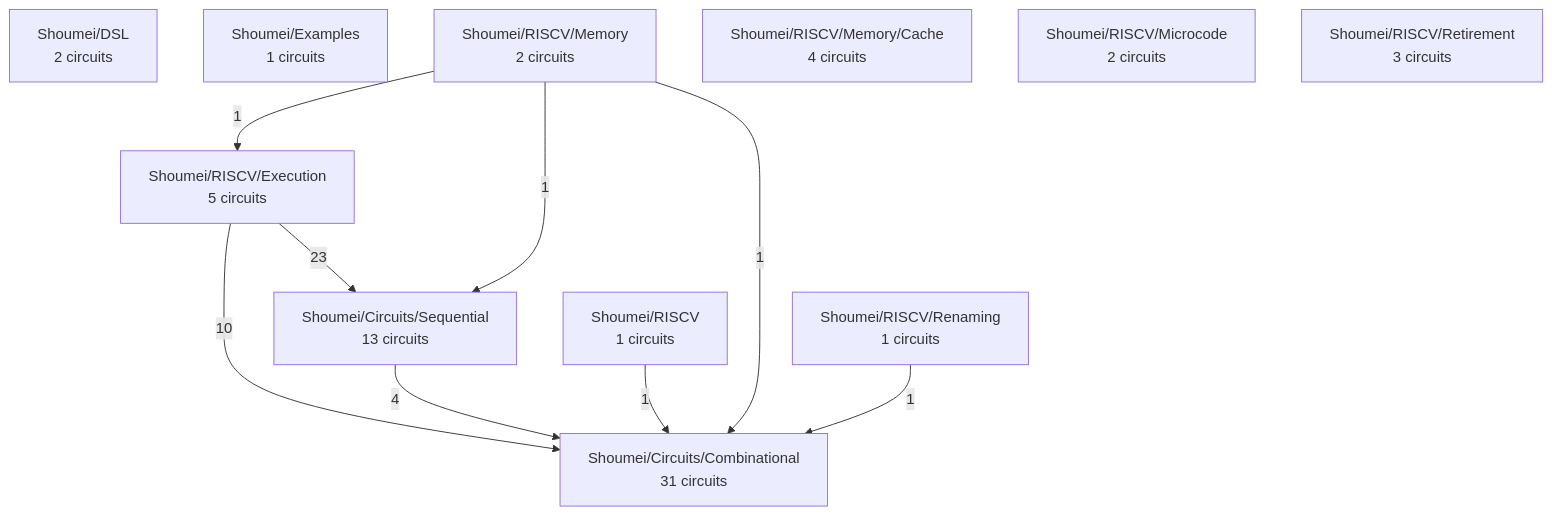
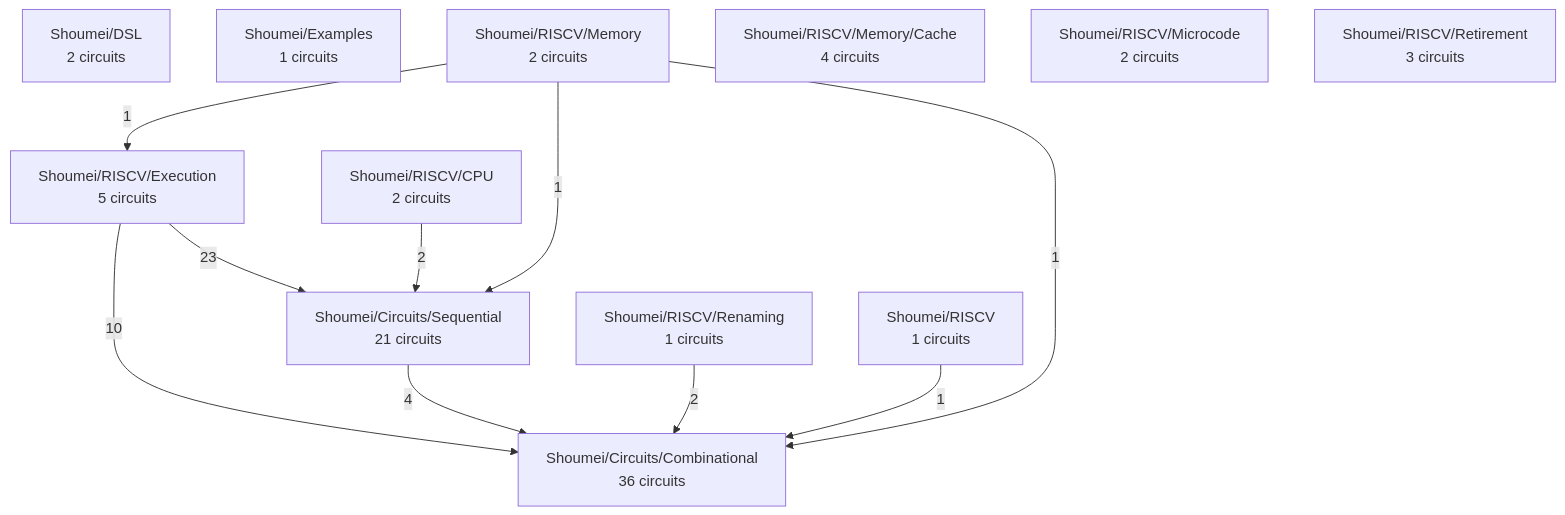
The diagram in docs/project-map.md (atvrager/Shoumei-RTL), drawn with Mermaid before and after one commit. The commit also changed other lines of this file and 53 other files, not shown here.

````diff
--- a/docs/project-map.md
+++ b/docs/project-map.md
@@ -25,22 +25,24 @@
 ```mermaid
 graph TD
-  Shoumei_Circuits_Combinational["Shoumei/Circuits/Combinational<br/>31 circuits"]
-  Shoumei_Circuits_Sequential["Shoumei/Circuits/Sequential<br/>13 circuits"]
+  Shoumei_Circuits_Combinational["Shoumei/Circuits/Combinational<br/>36 circuits"]
+  Shoumei_Circuits_Sequential["Shoumei/Circuits/Sequential<br/>21 circuits"]
   Shoumei_DSL["Shoumei/DSL<br/>2 circuits"]
   Shoumei_Examples["Shoumei/Examples<br/>1 circuits"]
   Shoumei_RISCV["Shoumei/RISCV<br/>1 circuits"]
+  Shoumei_RISCV_CPU["Shoumei/RISCV/CPU<br/>2 circuits"]
   Shoumei_RISCV_Execution["Shoumei/RISCV/Execution<br/>5 circuits"]
   Shoumei_RISCV_Memory["Shoumei/RISCV/Memory<br/>2 circuits"]
   Shoumei_RISCV_Memory_Cache["Shoumei/RISCV/Memory/Cache<br/>4 circuits"]
   Shoumei_RISCV_Microcode["Shoumei/RISCV/Microcode<br/>2 circuits"]
   Shoumei_RISCV_Renaming["Shoumei/RISCV/Renaming<br/>1 circuits"]
   Shoumei_RISCV_Retirement["Shoumei/RISCV/Retirement<br/>3 circuits"]
   Shoumei_RISCV_Execution -->|23| Shoumei_Circuits_Sequential
   Shoumei_RISCV_Execution -->|10| Shoumei_Circuits_Combinational
   Shoumei_Circuits_Sequential -->|4| Shoumei_Circuits_Combinational
+  Shoumei_RISCV_CPU -->|2| Shoumei_Circuits_Sequential
+  Shoumei_RISCV_Renaming -->|2| Shoumei_Circuits_Combinational
   Shoumei_RISCV -->|1| Shoumei_Circuits_Combinational
   Shoumei_RISCV_Memory -->|1| Shoumei_Circuits_Combinational
   Shoumei_RISCV_Memory -->|1| Shoumei_Circuits_Sequential
   Shoumei_RISCV_Memory -->|1| Shoumei_RISCV_Execution
-  Shoumei_RISCV_Renaming -->|1| Shoumei_Circuits_Combinational
 ```
````
